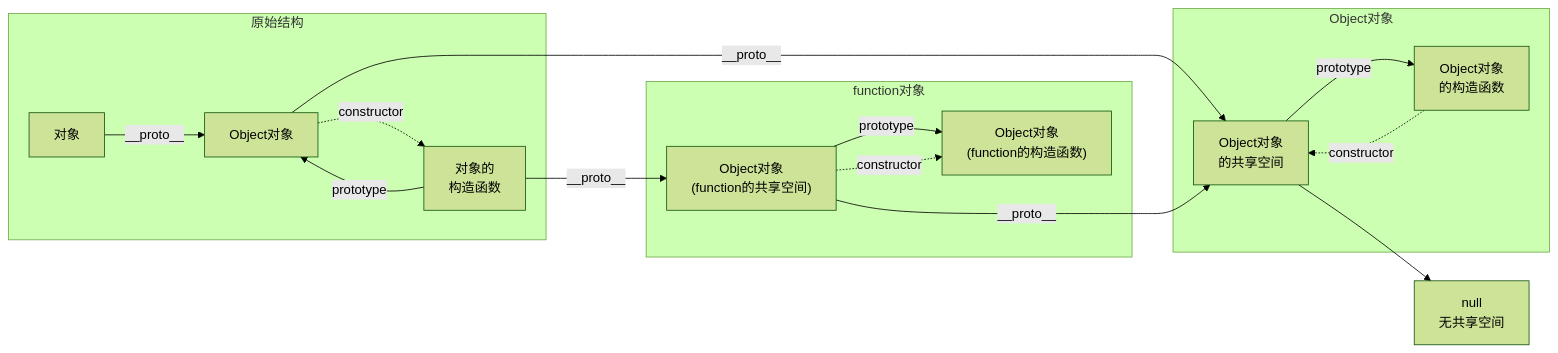
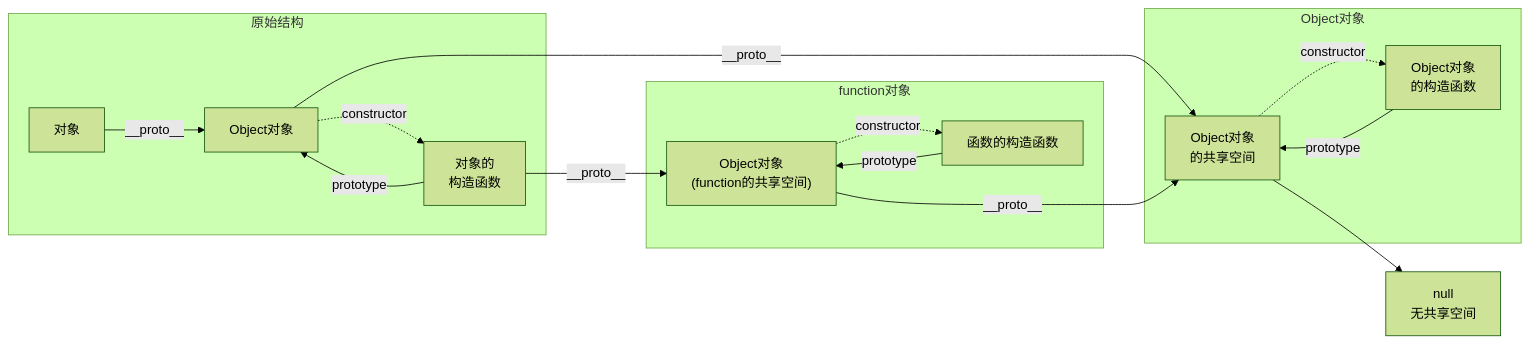
One commit to scriptscat/tampermonkey-learn-guide changed the seventh of 9 diagrams in docs/02.实用知识库/01.JavaScript 知识篇/04.原型与原型链.md. Above: the diagram before and after it, drawn with Mermaid (forest theme). The commit also changed other lines of this file and 11 other files, not shown here.

`````diff
--- a/docs/02.实用知识库/01.JavaScript 知识篇/04.原型与原型链.md
+++ b/docs/02.实用知识库/01.JavaScript 知识篇/04.原型与原型链.md
@@ -192,22 +193,23 @@
 ```mermaid
 flowchart LR
     subgraph 原始结构
     A[对象] -->|__proto__| B[Object对象]
     C[对象的\n构造函数] --> |prototype|B
     B-.->|constructor|C
     end
-    
     subgraph Object对象
     B-->|__proto__|D[Object对象\n的共享空间]
-    D-->|prototype|E[Object对象\n的构造函数]
-    E-.->|constructor|D
+    D-.->|constructor|E[Object对象\n的构造函数]
+    E-->|prototype|D
     end
     D-->F[null\n无共享空间]
+    
     subgraph function对象
     C-->|__proto__|G["Object对象\n(function的共享空间)"]
-    G-->|prototype|H["Object对象\n(function的构造函数)"]
-    G-.->|constructor|H
+    G-.->|constructor|H["函数的构造函数"]
+    H-->|prototype|G
     end
 
     G--->|__proto__|D
-```
+
+````
`````
